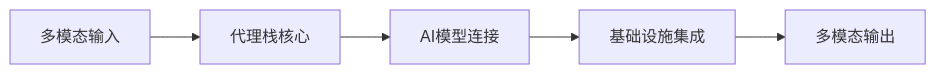
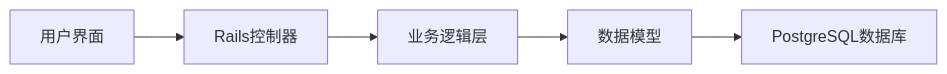
The fifth of 11 diagrams in reports/2026/01/2026-01-12.md (wayyoungboy/github-trending-reporter), drawn with Mermaid before and after one commit. The commit also changed other lines of this file and 1 other file, not shown here.

````diff
--- a/reports/2026/01/2026-01-12.md
+++ b/reports/2026/01/2026-01-12.md
@@ -161,7 +260,7 @@
 ```mermaid
 graph LR
-    A[多模态输入] --> B[代理栈核心]
-    B --> C[AI模型连接]
-    C --> D[基础设施集成]
-    D --> E[多模态输出]
+    A[用户界面] --> B[Rails控制器]
+    B --> C[业务逻辑层]
+    C --> D[数据模型]
+    D --> E[PostgreSQL数据库]
 ```
````
